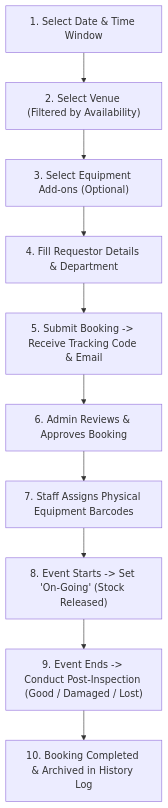
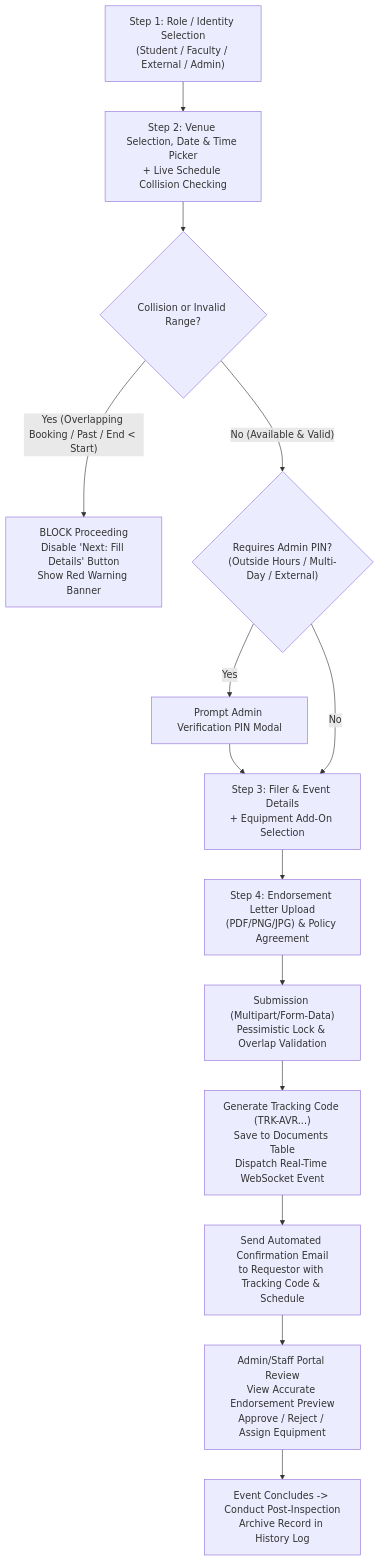
The second of 3 diagrams in SYSTEM_DOCUMENTATION.md (angiepetilo/fsuu-project), drawn with Mermaid before and after one commit. The commit also changed other lines of this file and 2 other files, not shown here.

````diff
--- a/SYSTEM_DOCUMENTATION.md
+++ b/SYSTEM_DOCUMENTATION.md
@@ -127,12 +130,16 @@
 ```mermaid
 graph TD
-    V1["1. Select Date & Time Window"] --> V2["2. Select Venue (Filtered by Availability)"]
-    V2 --> V3["3. Select Equipment Add-ons (Optional)"]
-    V3 --> V4["4. Fill Requestor Details & Department"]
-    V4 --> V5["5. Submit Booking -> Receive Tracking Code & Email"]
-    V5 --> V6["6. Admin Reviews & Approves Booking"]
-    V6 --> V7["7. Staff Assigns Physical Equipment Barcodes"]
-    V7 --> V8["8. Event Starts -> Set 'On-Going' (Stock Released)"]
-    V8 --> V9["9. Event Ends -> Conduct Post-Inspection (Good / Damaged / Lost)"]
-    V9 --> V10["10. Booking Completed & Archived in History Log"]
+    S1["Step 1: Role / Identity Selection<br>(Student / Faculty / External / Admin)"] --> S2["Step 2: Venue Selection, Date & Time Picker<br>+ Live Schedule Collision Checking"]
+    S2 --> S2A{"Collision or Invalid Range?"}
+    S2A -- "Yes (Overlapping Booking / Past / End < Start)" --> S2B["BLOCK Proceeding<br>Disable 'Next: Fill Details' Button<br>Show Red Warning Banner"]
+    S2A -- "No (Available & Valid)" --> S2C{"Requires Admin PIN?<br>(Outside Hours / Multi-Day / External)"}
+    S2C -- "Yes" --> S2D["Prompt Admin Verification PIN Modal"]
+    S2D --> S3["Step 3: Filer & Event Details<br>+ Equipment Add-On Selection"]
+    S2C -- "No" --> S3
+    S3 --> S4["Step 4: Endorsement Letter Upload<br>(PDF/PNG/JPG) & Policy Agreement"]
+    S4 --> S5["Submission (Multipart/Form-Data)<br>Pessimistic Lock & Overlap Validation"]
+    S5 --> S6["Generate Tracking Code (TRK-AVR...)<br>Save to Documents Table<br>Dispatch Real-Time WebSocket Event"]
+    S6 --> S7["Send Automated Confirmation Email<br>to Requestor with Tracking Code & Schedule"]
+    S7 --> S8["Admin/Staff Portal Review<br>View Accurate Endorsement Preview<br>Approve / Reject / Assign Equipment"]
+    S8 --> S9["Event Concludes -> Conduct Post-Inspection<br>Archive Record in History Log"]
 ```
````
